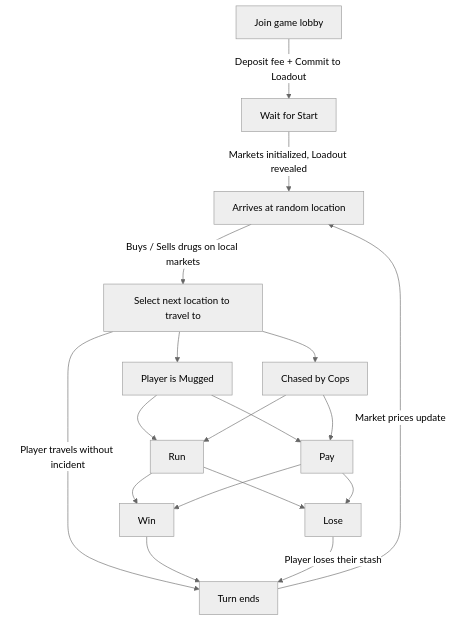
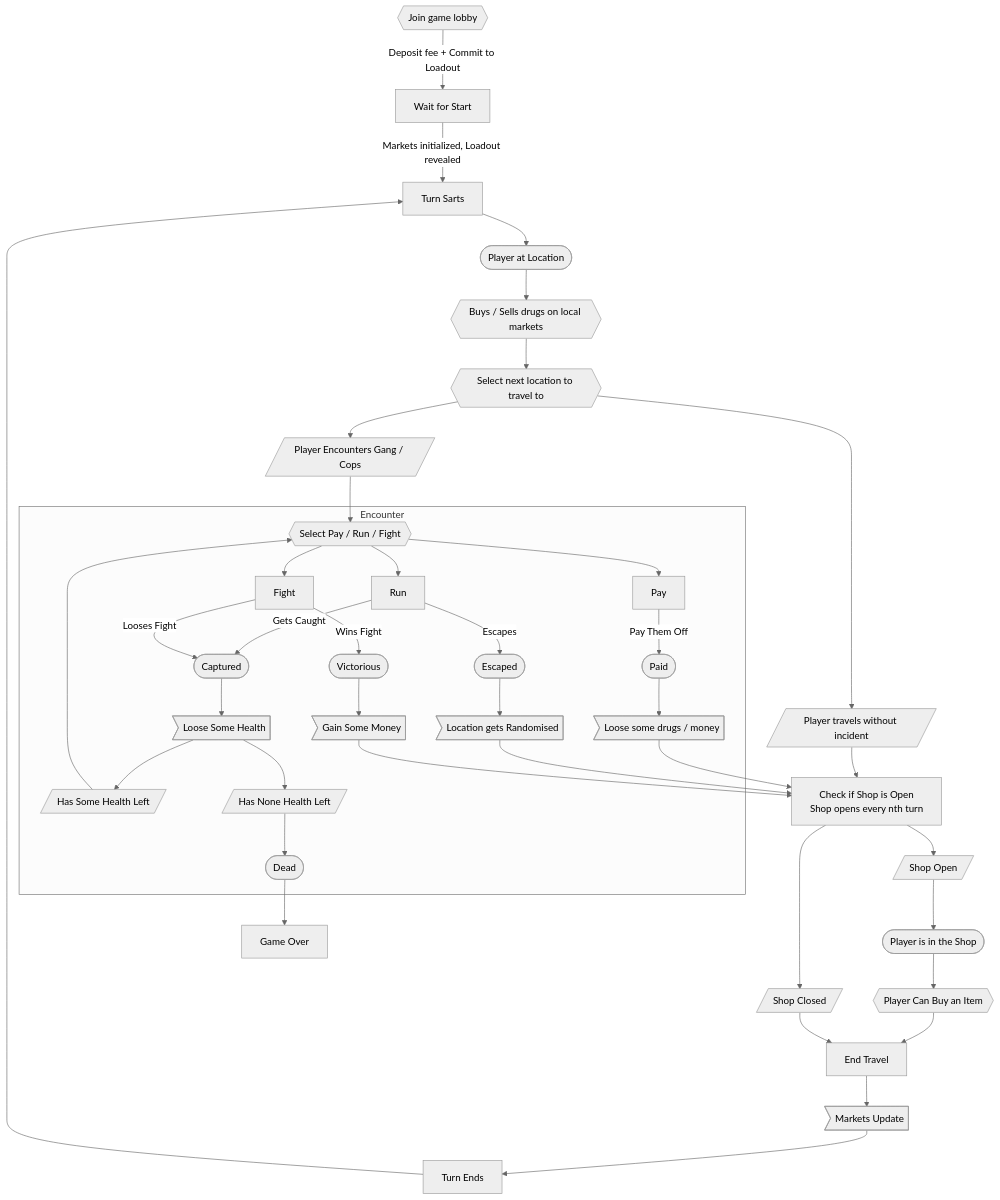
Before and after one commit to cartridge-gg/dopewars: the diagram in README.md, drawn with Mermaid (neutral theme).

Commit message:
Updated flowchart

````diff
--- a/README.md
+++ b/README.md
@@ -89,19 +89,51 @@
 ```mermaid
-flowchart TD
-    A[Join game lobby] -->|Deposit fee + Commit to Loadout| B[Wait for Start]
-    B --> |Markets initialized, Loadout revealed|C[Arrives at random location]
-    C --> |Buys / Sells drugs on local markets|D[Select next location to travel to]
-    D --> |Player travels without incident|END[Turn ends]
-    D --> F[Player is Mugged]
-    F --> F1[Pay]
-    F --> F2[Run]
-    F2 --> F12[Win] --> END
-    F2 --> L[Lose]
-    L --> |Player loses their stash|END
-    D --> G[Chased by Cops]
-    G --> F1[Pay]
-    G --> F2[Run]
-    F1 --> F12
-    F1 --> L
-    END --> |Market prices update|C
+graph TB
+    J{{Join game lobby}} -->|Deposit fee + Commit to Loadout| B[Wait for Start]
+    B --> |Markets initialized, Loadout revealed|TS
+    TS[Turn Sarts] --> TsN
+    TsN([Player at Location])
+    TsS([Player is in the Shop])
+
+    TsN --> Trade{{Buys / Sells drugs on local markets}}
+    Trade --> Travel{{Select next location to travel to}}
+    Travel --> Safe[/Player travels without incident/]
+    Travel --> E[/Player Encounters Gang / Cops/] --> ED
+    TsS --> Shop{{Player Can Buy an Item}}
+
+    subgraph Encounter
+        ED{{Select Pay / Run / Fight}}
+        ED --> CP[Pay] & CF[Fight\n] & CR[Run]
+
+        CP --> |Pay Them Off|Op([Paid])
+
+        CR --> |Escapes|Oe([Escaped])
+        CR --> |Gets Caught|Oc([Captured])
+
+        CF --> |Wins Fight|Ov([Victorious])
+        CF --> |Looses Fight|Oc
+        Oc --> Oc0>Loose Some Health]
+        Oc0 --> Oc1[/Has Some Health Left/]
+        Oc0 --> Oc2[/Has None Health Left/]
+        Oc1 --> ED
+        Oc2 --> Od([Dead])
+        Op --> L>Loose some drugs / money]
+        Oe --> R>Location gets Randomised]
+        Ov --> W>Gain Some Money]
+
+    end
+    Shop --> ET[End Travel]
+    Safe --> CS[Check if Shop is Open\nShop opens every nth turn]
+     
+    L --> CS
+     
+    R --> CS
+    W --> CS
+    Od --> GO[Game Over]
+
+    
+    CS --> SO[/Shop Open/] --> TsS
+    CS --> SC[/Shop Closed/]
+    SC --> ET --> MU>Markets Update] --> TE[Turn Ends] --> TS
+
+
 ```
````
